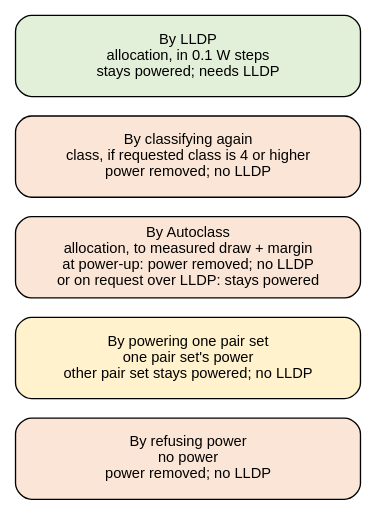
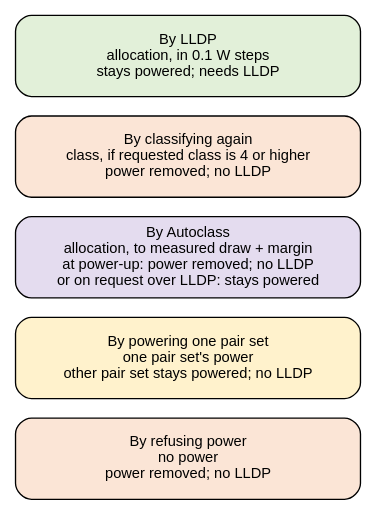
One commit to mithro/evampire changed the diagram in docs/power/poe/allocation-ways.dot. Above: the diagram before and after it, drawn with Graphviz. The commit also changed 1 other file, not shown here.

Commit message:
Narrow the one-pair-set conditions and colour the Autoclass box apart
Port B needs both pair sets only to use one-pair-set powering to lower
an allocation, and a dual-signature device may need both pair sets.
The figure caption now carries the colour key.

```diff
--- a/docs/power/poe/allocation-ways.dot
+++ b/docs/power/poe/allocation-ways.dot
@@ -1,29 +1,29 @@
 // The five ways a power sourcing equipment port changes the power of a
 // powered device: the way, what it changes, whether the device stays
 // powered, and whether it needs LLDP. One box per way, stacked so that the
 // figure stays narrow enough to read on a phone. Plain labels keep the
 // lines of each box centred. The fill colour repeats whether the device
 // stays powered.
 //
 // Fill colours: stays powered #e2f0d9, one pair set unpowered #fff2cc,
-// power removed #fbe5d6.
+// power removed #fbe5d6, depends on the route (Autoclass) #e4dcef.
 //
 // SPDX-License-Identifier: Apache-2.0
 
 digraph allocation_ways {
     graph [layout=neato, splines=false, overlap=true, outputorder=nodesfirst,
            fontname="Helvetica"];
     node  [shape=box, style="rounded,filled", fontname="Helvetica",
            fontsize=11, width=3.6, height=0.85, fixedsize=true];
 
     lldp    [pos="0,0!", fillcolor="#e2f0d9",
              label="By LLDP\nallocation, in 0.1 W steps\nstays powered; needs LLDP"];
     reclass [pos="0,-1.05!", fillcolor="#fbe5d6",
              label="By classifying again\nclass, if requested class is 4 or higher\npower removed; no LLDP"];
-    auto    [pos="0,-2.1!", fillcolor="#fbe5d6",
+    auto    [pos="0,-2.1!", fillcolor="#e4dcef",
              label="By Autoclass\nallocation, to measured draw + margin\nat power-up: power removed; no LLDP\nor on request over LLDP: stays powered"];
     pair    [pos="0,-3.15!", fillcolor="#fff2cc",
              label="By powering one pair set\none pair set's power\nother pair set stays powered; no LLDP"];
     refuse  [pos="0,-4.2!", fillcolor="#fbe5d6",
              label="By refusing power\nno power\npower removed; no LLDP"];
 }
```
